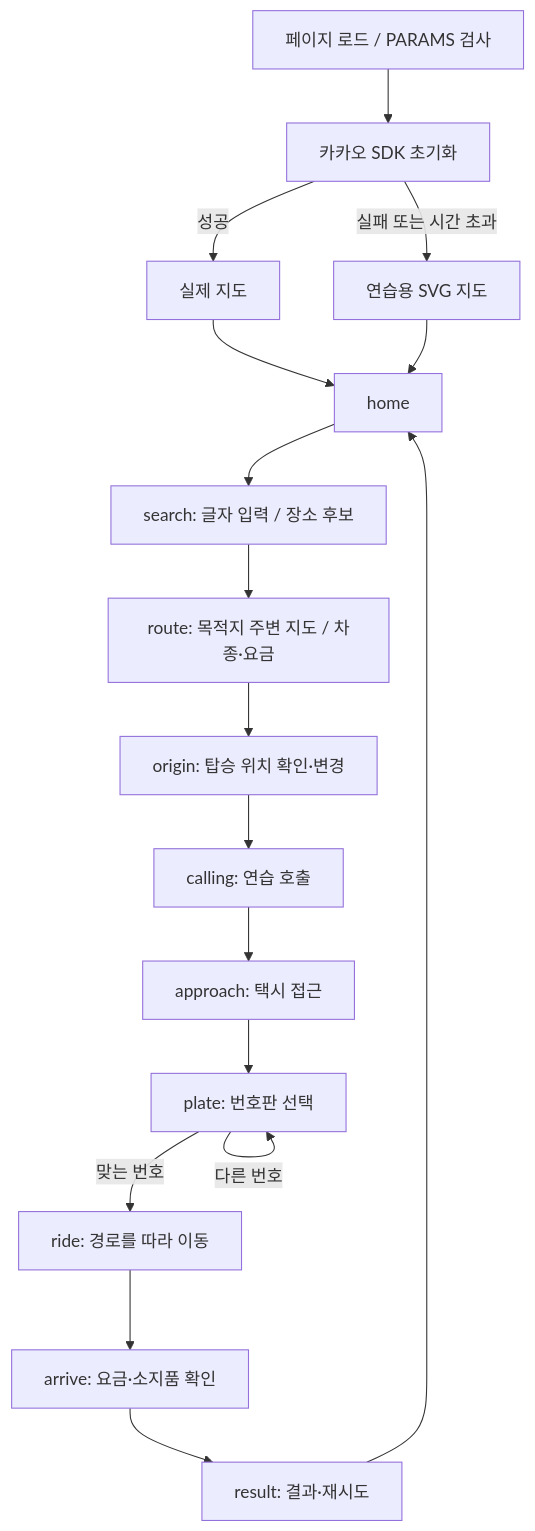
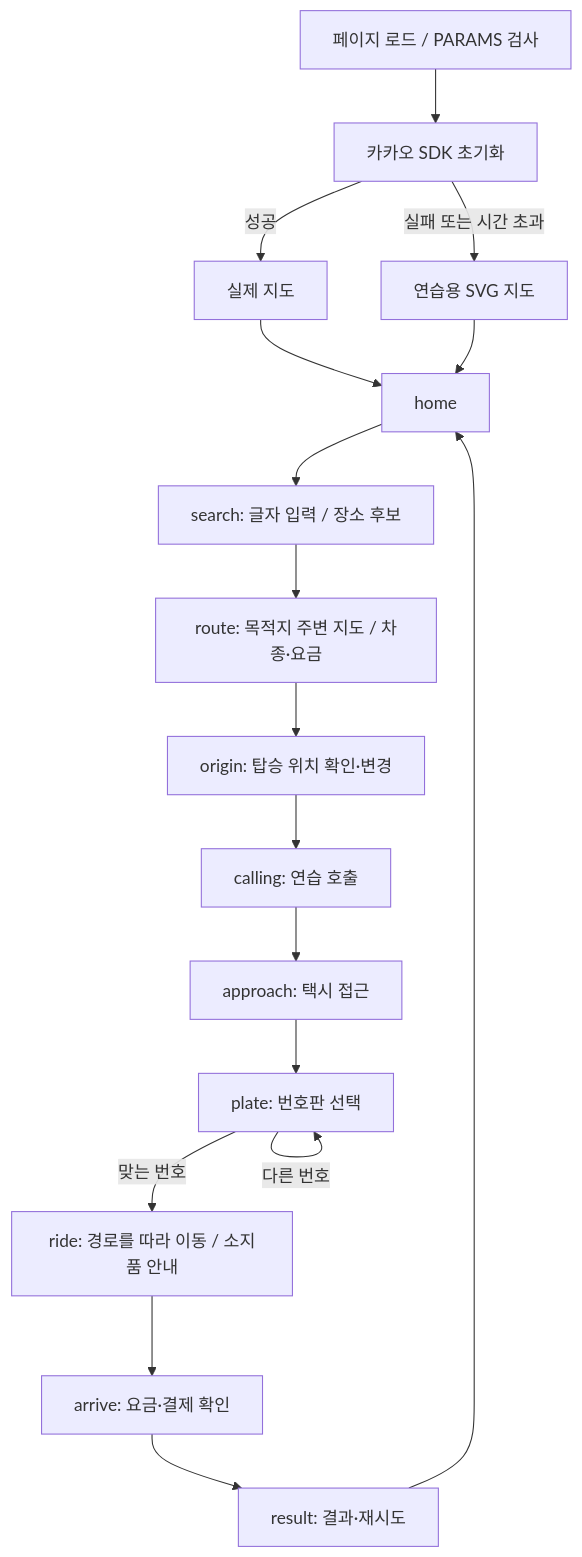
One commit to PLAUROS/kimhyoeun-redesign changed the second of 6 diagrams in PIPELINE.md. Above: the diagram before and after it, drawn with Mermaid. The commit also changed other lines of this file, not shown here.

````diff
--- a/PIPELINE.md
+++ b/PIPELINE.md
@@ -35,19 +35,19 @@
 ```mermaid
 flowchart TD
   Start["페이지 로드 / PARAMS 검사"] --> SDK["카카오 SDK 초기화"]
   SDK -->|성공| Map["실제 지도"]
   SDK -->|실패 또는 시간 초과| SVG["연습용 SVG 지도"]
   Map --> Home["home"]
   SVG --> Home
   Home --> Search["search: 글자 입력 / 장소 후보"]
   Search --> Route["route: 목적지 주변 지도 / 차종·요금"]
   Route --> Origin["origin: 탑승 위치 확인·변경"]
   Origin --> Call["calling: 연습 호출"]
   Call --> Approach["approach: 택시 접근"]
   Approach --> Plate["plate: 번호판 선택"]
   Plate -->|다른 번호| Plate
-  Plate -->|맞는 번호| Ride["ride: 경로를 따라 이동"]
-  Ride --> Arrive["arrive: 요금·소지품 확인"]
+  Plate -->|맞는 번호| Ride["ride: 경로를 따라 이동 / 소지품 안내"]
+  Ride --> Arrive["arrive: 요금·결제 확인"]
   Arrive --> Result["result: 결과·재시도"]
   Result --> Home
 ```
````
